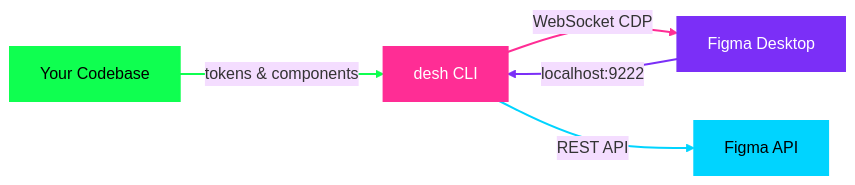
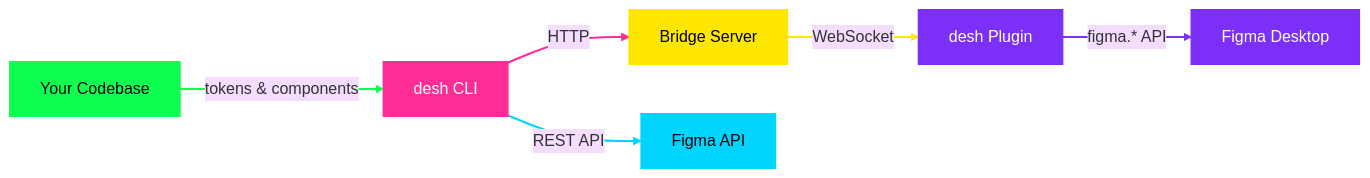
Before and after one commit to scanadi/scanadi-desh-cli: the first of 2 diagrams in README.md, drawn with Mermaid (base theme). The commit also changed other lines of this file and 20 other files, not shown here.

First line of the commit message:
feat: replace CDP patching with plugin bridge architecture

````diff
--- a/README.md
+++ b/README.md
@@ -96,17 +93,20 @@
 ```mermaid
 graph LR
-    A[desh CLI]:::neonPink -->|WebSocket CDP| B[Figma Desktop]:::neonPurple
-    A -->|REST API| C[Figma API]:::neonBlue
-    D[Your Codebase]:::neonGreen -->|tokens & components| A
-    B -->|localhost:9222| A
+    A[desh CLI]:::neonPink -->|HTTP| B[Bridge Server]:::neonYellow
+    B -->|WebSocket| C[desh Plugin]:::neonPurple
+    C -->|figma.* API| D[Figma Desktop]:::neonPurple
+    A -->|REST API| E[Figma API]:::neonBlue
+    F[Your Codebase]:::neonGreen -->|tokens & components| A
 
     classDef neonPink fill:#ff2d95,stroke:#ff2d95,color:#fff,stroke-width:2px
     classDef neonPurple fill:#7b2ff7,stroke:#7b2ff7,color:#fff,stroke-width:2px
     classDef neonBlue fill:#00d4ff,stroke:#00d4ff,color:#000,stroke-width:2px
     classDef neonGreen fill:#0fff50,stroke:#0fff50,color:#000,stroke-width:2px
+    classDef neonYellow fill:#ffe600,stroke:#ffe600,color:#000,stroke-width:2px
 
     linkStyle 0 stroke:#ff2d95,stroke-width:2px
-    linkStyle 1 stroke:#00d4ff,stroke-width:2px
-    linkStyle 2 stroke:#0fff50,stroke-width:2px
-    linkStyle 3 stroke:#7b2ff7,stroke-width:2px
+    linkStyle 1 stroke:#ffe600,stroke-width:2px
+    linkStyle 2 stroke:#7b2ff7,stroke-width:2px
+    linkStyle 3 stroke:#00d4ff,stroke-width:2px
+    linkStyle 4 stroke:#0fff50,stroke-width:2px
 ```
````
